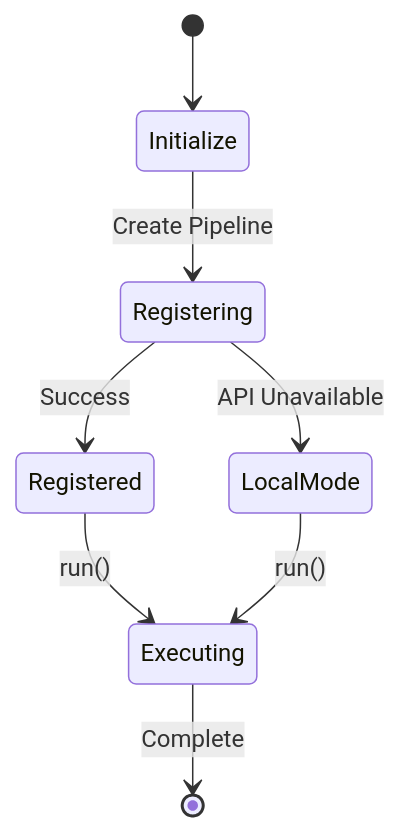
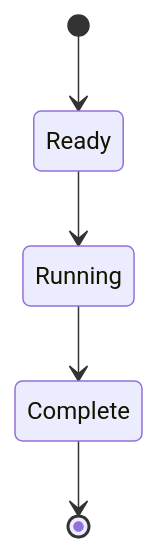
The fourth of 5 diagrams in examples/api_pipeline/01_basic_api/README.md (wisrovi/wpipe), drawn with Mermaid before and after one commit. The commit also changed other lines of this file and 20 other files, not shown here.

First line of the commit message:
Simplify Mermaid diagrams for better rendering

````diff
--- a/examples/api_pipeline/01_basic_api/README.md
+++ b/examples/api_pipeline/01_basic_api/README.md
@@ -65,10 +61,7 @@
 ```mermaid
 stateDiagram-v2
-    [*] --> Initialize
-    Initialize --> Registering: Create Pipeline
-    Registering --> Registered: Success
-    Registering --> LocalMode: API Unavailable
-    Registered --> Executing: run()
-    LocalMode --> Executing: run()
-    Executing --> [*]: Complete
+    [*] --> Ready
+    Ready --> Running
+    Running --> Complete
+    Complete --> [*]
 ```
````
